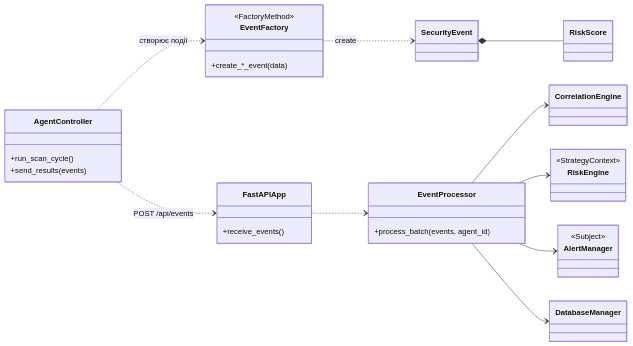
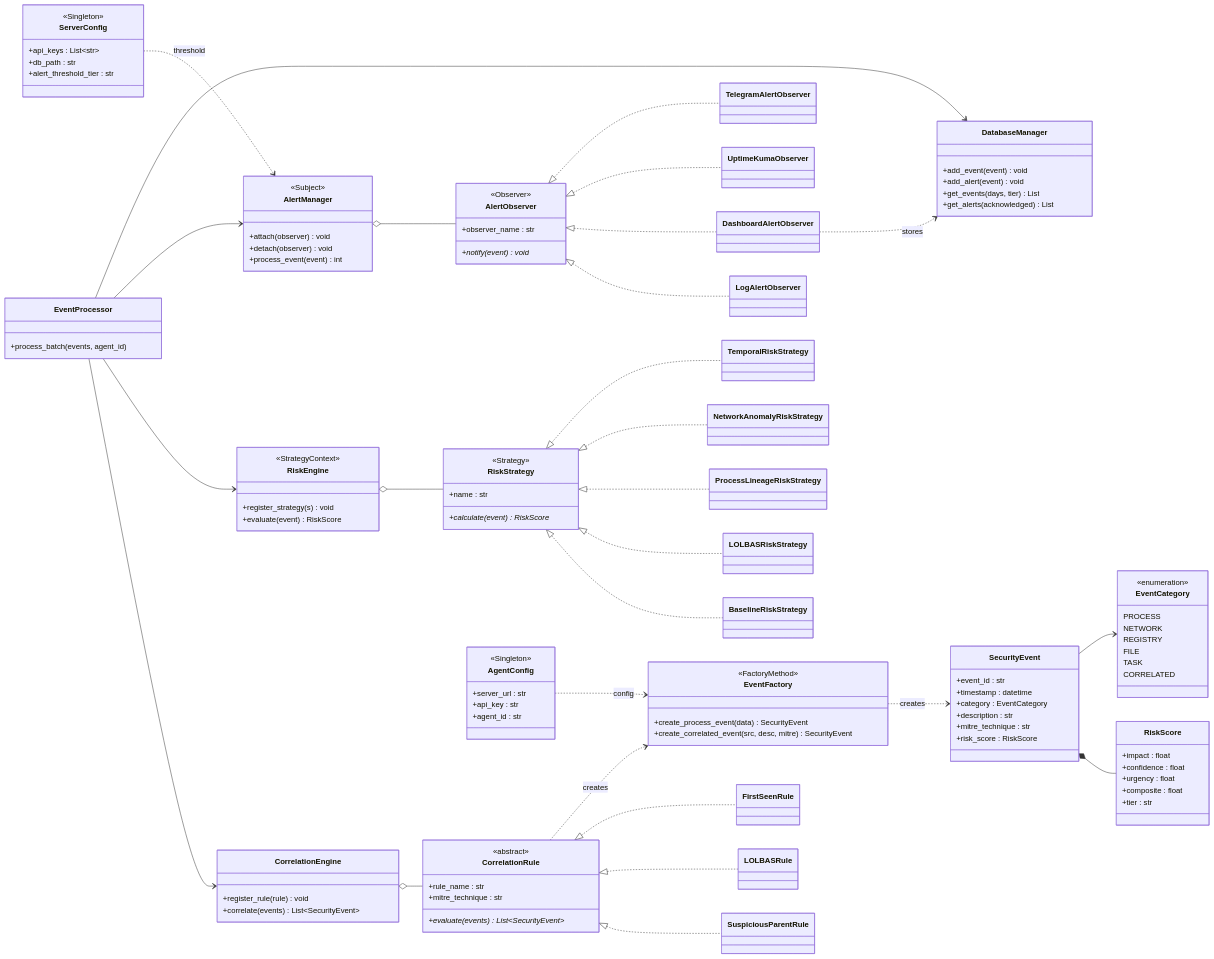
One commit to kupetsovkn24-lgtm/HIDS changed the second of 2 diagrams in uml4.md. Above: the diagram before and after it, drawn with Mermaid.

Commit message:
Revise UML diagrams for coursework
Updated UML diagrams for coursework, including class diagrams for MVC architecture and analysis subsystem patterns.

````diff
--- a/uml4.md
+++ b/uml4.md
@@ -245,39 +93,149 @@
 classDiagram
 direction LR
 
-class AgentController {
-  +run_scan_cycle()
-  +send_results(events)
+class SecurityEvent {
+  +event_id : str
+  +timestamp : datetime
+  +category : EventCategory
+  +description : str
+  +mitre_technique : str
+  +risk_score : RiskScore
 }
+
+class RiskScore {
+  +impact : float
+  +confidence : float
+  +urgency : float
+  +composite : float
+  +tier : str
+}
+
+class EventCategory {
+  <<enumeration>>
+  PROCESS
+  NETWORK
+  REGISTRY
+  FILE
+  TASK
+  CORRELATED
+}
+
+SecurityEvent *-- RiskScore
+SecurityEvent --> EventCategory
 
 class EventFactory {
   <<FactoryMethod>>
-  +create_*_event(data)
+  +create_process_event(data) SecurityEvent
+  +create_correlated_event(src, desc, mitre) SecurityEvent
 }
 
-class FastAPIApp {
-  +receive_events()
+EventFactory ..> SecurityEvent : creates
+
+class CorrelationEngine {
+  +register_rule(rule) void
+  +correlate(events) List~SecurityEvent~
 }
+
+class CorrelationRule {
+  <<abstract>>
+  +evaluate(events)* List~SecurityEvent~
+  +rule_name : str
+  +mitre_technique : str
+}
+
+class SuspiciousParentRule
+class LOLBASRule
+class FirstSeenRule
+
+CorrelationRule <|.. SuspiciousParentRule
+CorrelationRule <|.. LOLBASRule
+CorrelationRule <|.. FirstSeenRule
+CorrelationEngine o-- CorrelationRule
+CorrelationRule ..> EventFactory : creates
+
+class RiskEngine {
+  <<StrategyContext>>
+  +register_strategy(s) void
+  +evaluate(event) RiskScore
+}
+
+class RiskStrategy {
+  <<Strategy>>
+  <<abstract>>
+  +calculate(event)* RiskScore
+  +name : str
+}
+
+class BaselineRiskStrategy
+class LOLBASRiskStrategy
+class ProcessLineageRiskStrategy
+class NetworkAnomalyRiskStrategy
+class TemporalRiskStrategy
+
+RiskStrategy <|.. BaselineRiskStrategy
+RiskStrategy <|.. LOLBASRiskStrategy
+RiskStrategy <|.. ProcessLineageRiskStrategy
+RiskStrategy <|.. NetworkAnomalyRiskStrategy
+RiskStrategy <|.. TemporalRiskStrategy
+RiskEngine o-- RiskStrategy
+
+class AlertManager {
+  <<Subject>>
+  +attach(observer) void
+  +detach(observer) void
+  +process_event(event) int
+}
+
+class AlertObserver {
+  <<Observer>>
+  <<abstract>>
+  +notify(event)* void
+  +observer_name : str
+}
+
+class LogAlertObserver
+class DashboardAlertObserver
+class UptimeKumaObserver
+class TelegramAlertObserver
+
+AlertObserver <|.. LogAlertObserver
+AlertObserver <|.. DashboardAlertObserver
+AlertObserver <|.. UptimeKumaObserver
+AlertObserver <|.. TelegramAlertObserver
+AlertManager o-- AlertObserver
 
 class EventProcessor {
   +process_batch(events, agent_id)
 }
 
-class CorrelationEngine
-class RiskEngine { <<StrategyContext>> }
-class AlertManager { <<Subject>> }
-class DatabaseManager
-
-AgentController ..> EventFactory : створює події
-EventFactory ..> SecurityEvent : create
-AgentController ..> FastAPIApp : POST /api/events
-FastAPIApp ..> EventProcessor
 EventProcessor --> CorrelationEngine
 EventProcessor --> RiskEngine
 EventProcessor --> AlertManager
+
+class DatabaseManager {
+  +add_event(event) void
+  +add_alert(event) void
+  +get_events(days, tier) List
+  +get_alerts(acknowledged) List
+}
+
 EventProcessor --> DatabaseManager
+DashboardAlertObserver ..> DatabaseManager : stores
 
-class SecurityEvent
-class RiskScore
-SecurityEvent *-- RiskScore
+class AgentConfig {
+  <<Singleton>>
+  +server_url : str
+  +api_key : str
+  +agent_id : str
+}
+
+class ServerConfig {
+  <<Singleton>>
+  +api_keys : List~str~
+  +db_path : str
+  +alert_threshold_tier : str
+}
+
+AgentConfig ..> EventFactory : config
+ServerConfig ..> AlertManager : threshold
 ```
````
